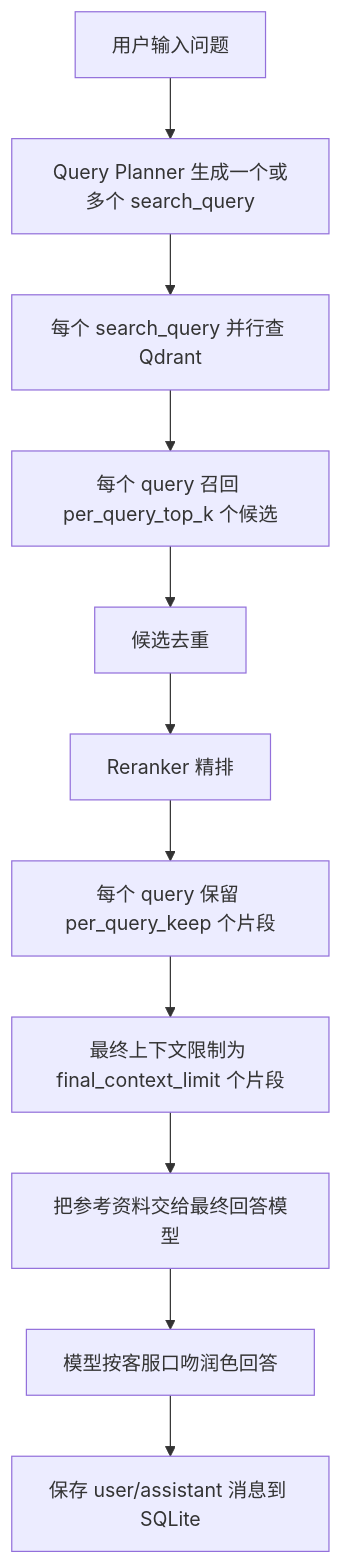
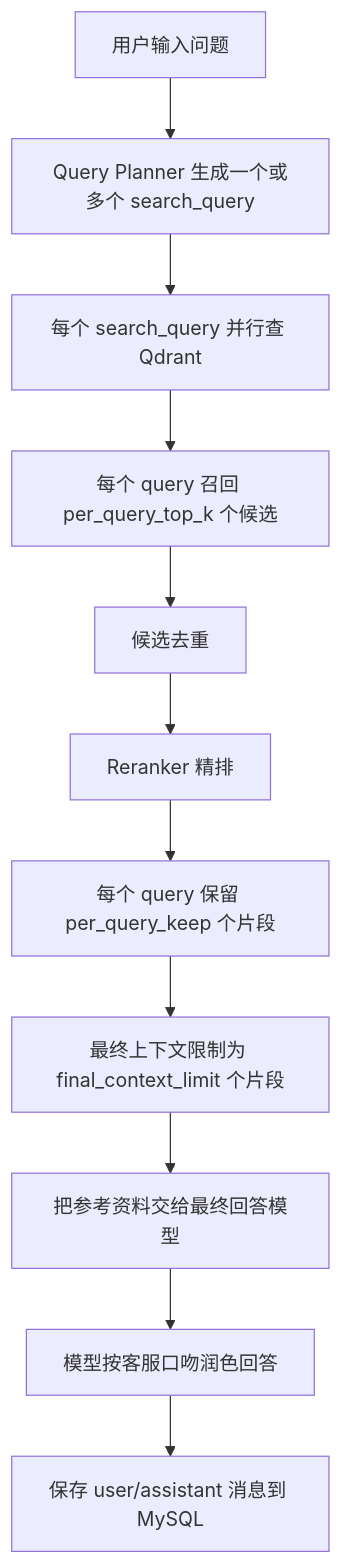
Before and after one commit to chen-liang-22/AI_RAG_Agent_Project: the second of 2 diagrams in 数据库设计.md, drawn with Mermaid. The commit also changed other lines of this file and 20 other files, not shown here.

````diff
--- a/数据库设计.md
+++ b/数据库设计.md
@@ -403,13 +405,13 @@
 ```mermaid
 flowchart TD
     A["用户输入问题"] --> B["Query Planner 生成一个或多个 search_query"]
     B --> C["每个 search_query 并行查 Qdrant"]
     C --> D["每个 query 召回 per_query_top_k 个候选"]
     D --> E["候选去重"]
     E --> F["Reranker 精排"]
     F --> G["每个 query 保留 per_query_keep 个片段"]
     G --> H["最终上下文限制为 final_context_limit 个片段"]
     H --> I["把参考资料交给最终回答模型"]
     I --> J["模型按客服口吻润色回答"]
-    J --> K["保存 user/assistant 消息到 SQLite"]
+    J --> K["保存 user/assistant 消息到 MySQL"]
 ```
````
